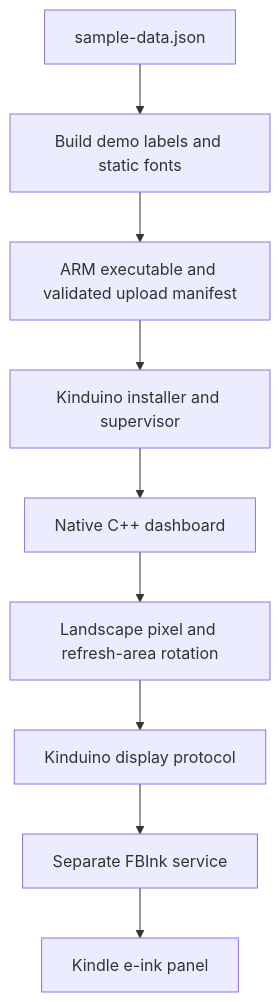
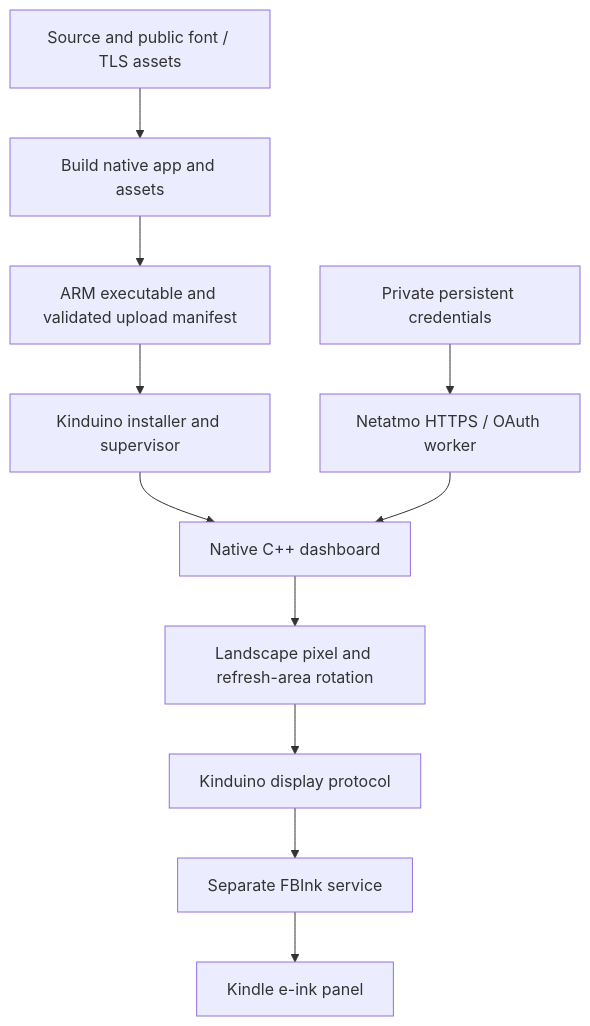
Before and after one commit to ahdrage/dashy-kindle: the diagram in docs/ARCHITECTURE.md, drawn with Mermaid. The commit also changed other lines of this file and 36 other files, not shown here.

Commit message:
Add live Netatmo readings with persistent private OAuth

````diff
--- a/docs/ARCHITECTURE.md
+++ b/docs/ARCHITECTURE.md
@@ -5,11 +5,13 @@
 ```mermaid
 flowchart TD
-    A[sample-data.json] --> B[Build demo labels and static fonts]
+    A[Source and public font / TLS assets] --> B[Build native app and assets]
     B --> C[ARM executable and validated upload manifest]
     C --> D[Kinduino installer and supervisor]
     D --> E[Native C++ dashboard]
+    N[Netatmo HTTPS / OAuth worker] --> E
+    S[Private persistent credentials] --> N
     E --> F[Landscape pixel and refresh-area rotation]
     F --> G[Kinduino display protocol]
     G --> H[Separate FBInk service]
     H --> I[Kindle e-ink panel]
 ```
````
